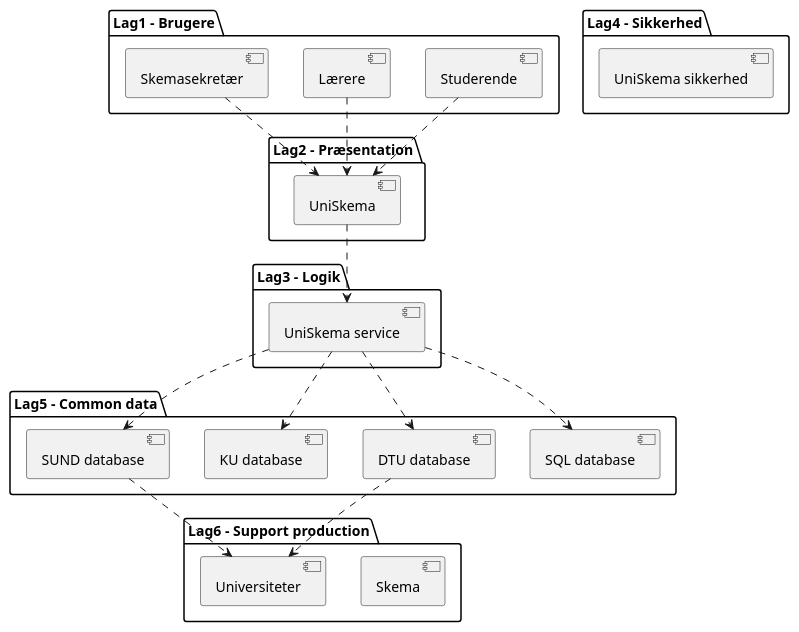
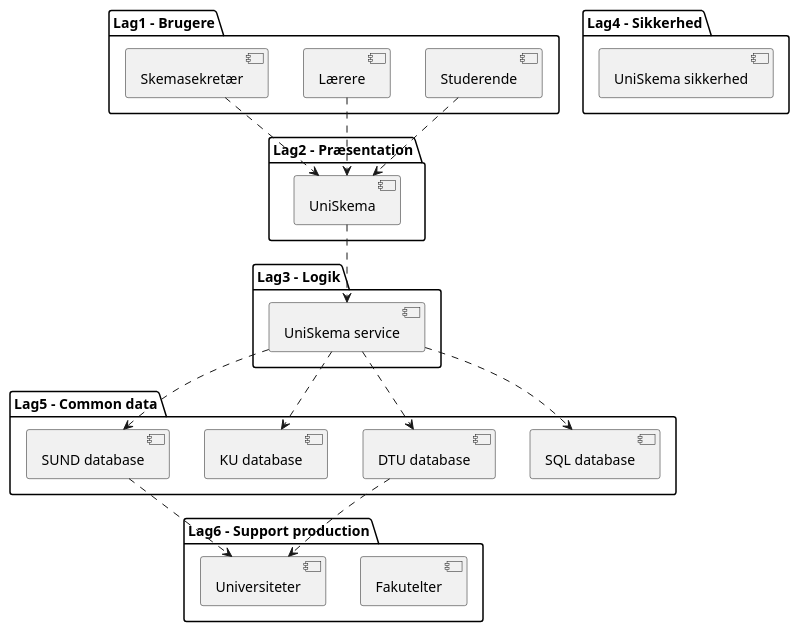
The diagram in arkitektur diagram.puml (MadsSchroder/Systemudvikling-Eksamen-KU), drawn with PlantUML before and after one commit.

Commit message:
Arkitektur diagrem

```diff
--- a/arkitektur diagram.puml
+++ b/arkitektur diagram.puml
@@ -1,44 +1,44 @@
 @startuml
 package "Lag1 - Brugere" {
   [Studerende]
   [Lærere]
   [Skemasekretær]
 }
 
 package "Lag2 - Præsentation" {
   [UniSkema]
 }
 
 package "Lag3 - Logik" {
   [UniSkema service]
 }
 
 package "Lag4 - Sikkerhed" {
     [UniSkema sikkerhed]
 }
 
 package "Lag5 - Common data" {
     [SQL database]
     [DTU database]
     [KU database]
     [SUND database]
 }
 
 package "Lag6 - Support production" {
-    [Skema]
+    [Fakutelter]
     [Universiteter]
 }
 
 [Studerende] ..> [UniSkema]
 [Skemasekretær] ..> [UniSkema]
 [Lærere] ..> [UniSkema]
 [UniSkema] ..> [UniSkema service]
 [UniSkema service] ..> [SQL database]
 [UniSkema service] ..> [DTU database]
 [UniSkema service] ..> [KU database]
 [UniSkema service] ..> [SUND database]
 
 [DTU database] ..> [Universiteter]
 [SUND database] ..> [Universiteter]
 
 @enduml
```
